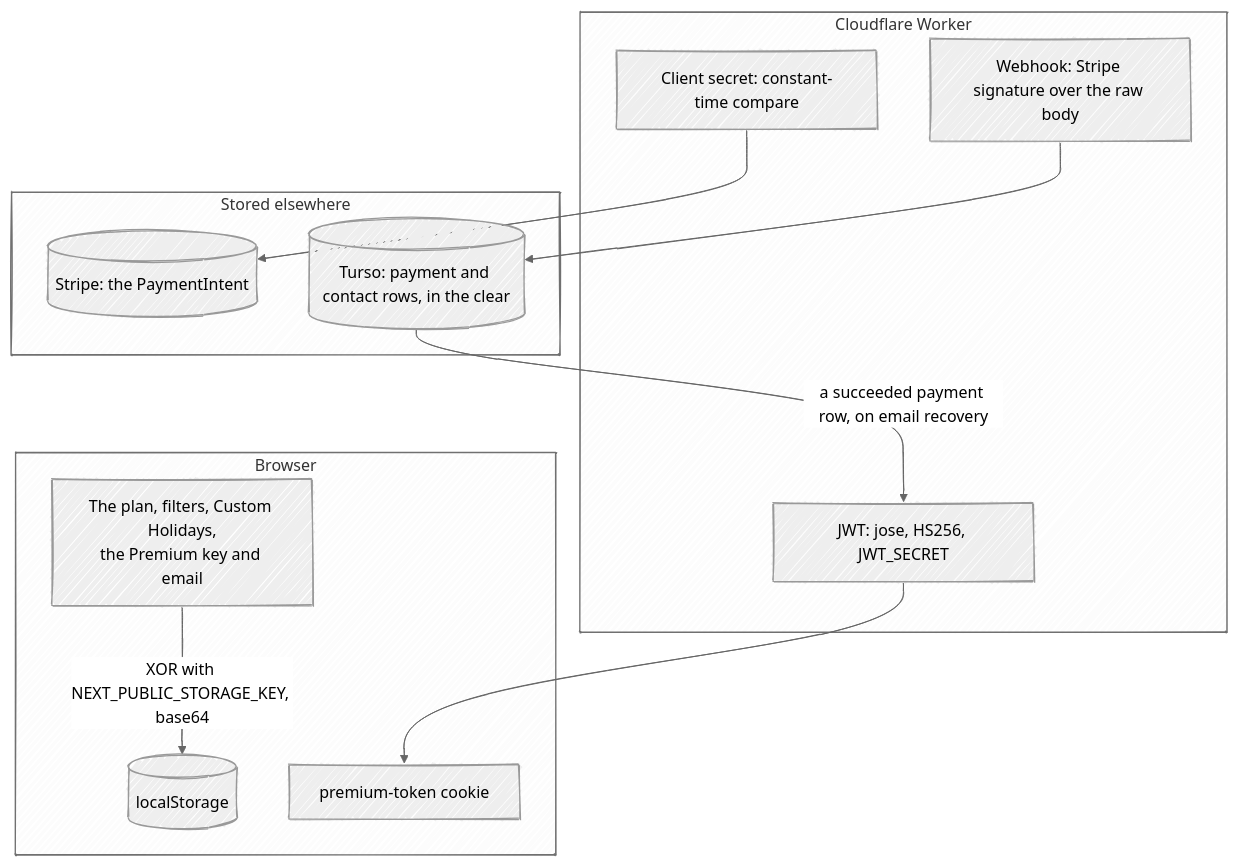
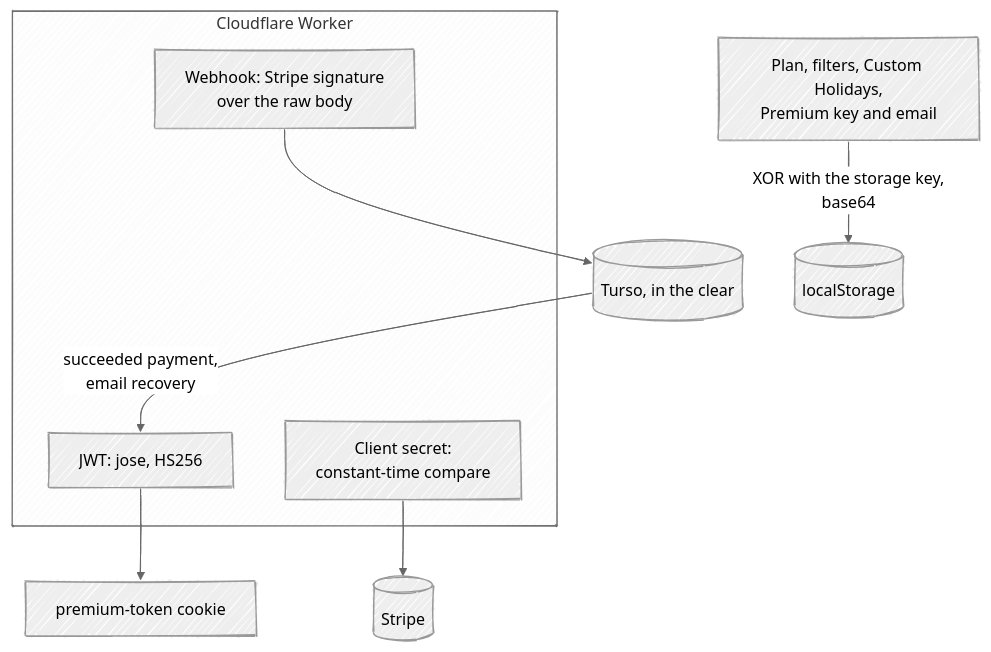
The diagram in apps/docs/src/content/docs/how-it-works/data-protection.mdx (fbuireu/forever-pto), drawn with Mermaid (neutral theme) before and after one commit. The commit also changed other lines of this file and 16 other files, not shown here.

First line of the commit message:
docs(docs): fix how-it-works drift and rework the diagrams to read at column width

````diff
--- a/apps/docs/src/content/docs/how-it-works/data-protection.mdx
+++ b/apps/docs/src/content/docs/how-it-works/data-protection.mdx
@@ -10,24 +10,18 @@
 ```mermaid
 ---
 config:
   look: handDrawn
   layout: dagre
 ---
 flowchart TB
-  subgraph browser [Browser]
-    PLAN["The plan, filters, Custom Holidays,<br/>the Premium key and email"] -->|"XOR with NEXT_PUBLIC_STORAGE_KEY, base64"| LS[(localStorage)]
-    TOK["premium-token cookie"]
+  PLAN["Plan, filters, Custom Holidays,<br/>Premium key and email"] -->|"XOR with the storage key,<br/>base64"| LS[(localStorage)]
+  subgraph edge [Cloudflare Worker]
+    JWT["JWT: jose, HS256"]
+    CS["Client secret:<br/>constant-time compare"]
+    WH["Webhook: Stripe signature<br/>over the raw body"]
   end
-  subgraph edge [Cloudflare Worker]
-    JWT["JWT: jose, HS256, JWT_SECRET"] --> TOK
-    CS["Client secret: constant-time compare"]
-    WH["Webhook: Stripe signature over the raw body"]
-  end
-  subgraph stores [Stored elsewhere]
-    STRIPE[("Stripe: the PaymentIntent")]
-    DB[("Turso: payment and contact rows, in the clear")]
-  end
-  CS --> STRIPE
-  WH --> DB
-  DB -->|"a succeeded payment row, on email recovery"| JWT
+  JWT --> TOK["premium-token cookie"]
+  CS --> STRIPE[("Stripe")]
+  WH --> DB[("Turso, in the clear")]
+  DB -->|"succeeded payment,<br/>email recovery"| JWT
 ```
````
